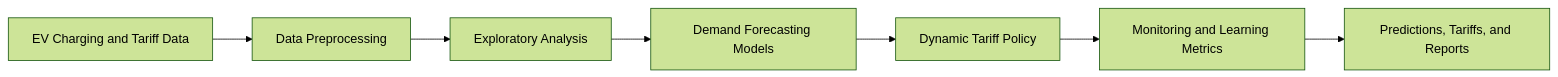
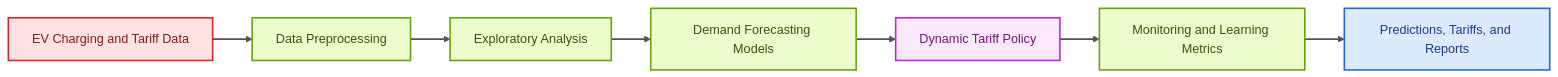
One commit to sakshamojha56/Agentic-AI-Based-Dynamic-Tariff-Optimization-for-EV-Charging-Networks changed the diagram in README.md. Above: the diagram before and after it, drawn with Mermaid (forest theme).

Commit message:
Colorize README architecture diagram

````diff
--- a/README.md
+++ b/README.md
@@ -31,9 +31,20 @@
 ```mermaid
 flowchart LR
   Data["EV Charging and Tariff Data"] --> Preprocess["Data Preprocessing"]
   Preprocess --> EDA["Exploratory Analysis"]
   EDA --> Demand["Demand Forecasting Models"]
   Demand --> Pricing["Dynamic Tariff Policy"]
   Pricing --> Monitor["Monitoring and Learning Metrics"]
   Monitor --> Results["Predictions, Tariffs, and Reports"]
+
+  classDef inputs fill:#FEE2E2,stroke:#DC2626,color:#7F1D1D,stroke-width:2px;
+  classDef process fill:#ECFCCB,stroke:#65A30D,color:#365314,stroke-width:2px;
+  classDef data fill:#DBEAFE,stroke:#2563EB,color:#1E3A8A,stroke-width:2px;
+  classDef agent fill:#FAE8FF,stroke:#C026D3,color:#701A75,stroke-width:2px;
+  classDef output fill:#DCFCE7,stroke:#16A34A,color:#14532D,stroke-width:2px;
+  class Data inputs;
+  class Preprocess,EDA,Demand,Monitor process;
+  class Results data;
+  class Pricing agent;
+  linkStyle default stroke:#52525B,stroke-width:2px;
 ```
````
